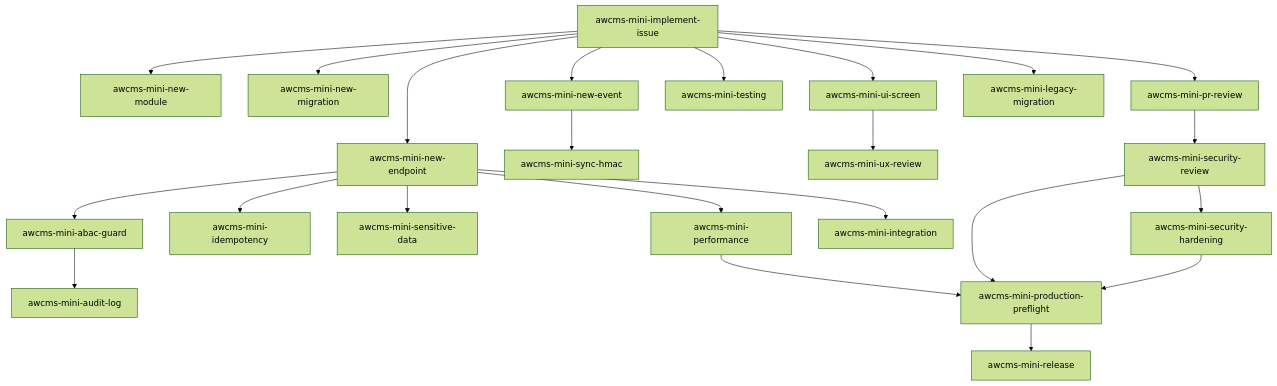
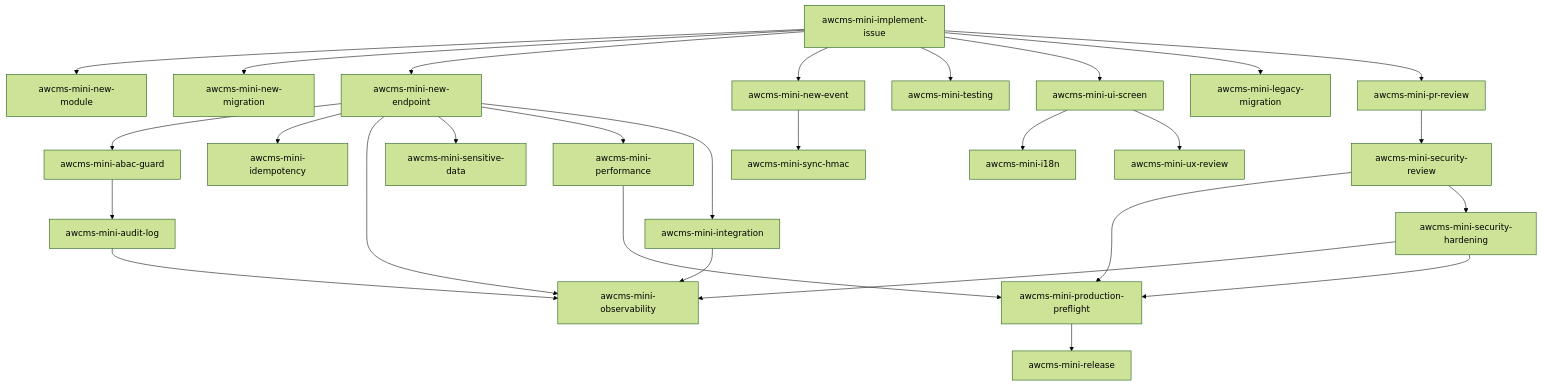
Before and after one commit to ahliweb/awcms-mini: the diagram in .claude/skills/README.md, drawn with Mermaid (forest theme). The commit also changed other lines of this file and 11 other files, not shown here.

````diff
--- a/.claude/skills/README.md
+++ b/.claude/skills/README.md
@@ -43,26 +45,31 @@
 ```mermaid
 flowchart TD
   II[awcms-mini-implement-issue] --> NM[awcms-mini-new-module]
   II --> MIG[awcms-mini-new-migration]
   II --> EP[awcms-mini-new-endpoint]
   II --> EV[awcms-mini-new-event]
   II --> TST[awcms-mini-testing]
   EP --> ABAC[awcms-mini-abac-guard]
   EP --> IDEM[awcms-mini-idempotency]
   ABAC --> AUD[awcms-mini-audit-log]
+  AUD --> OBS[awcms-mini-observability]
+  EP --> OBS
   EP --> SD[awcms-mini-sensitive-data]
   EV --> SYNC[awcms-mini-sync-hmac]
   II --> UI[awcms-mini-ui-screen]
+  UI --> I18N[awcms-mini-i18n]
   II --> LEG[awcms-mini-legacy-migration]
   II --> PR[awcms-mini-pr-review]
   PR --> SEC[awcms-mini-security-review]
   SEC --> PF[awcms-mini-production-preflight]
   PF --> REL[awcms-mini-release]
 
   UI --> UXR[awcms-mini-ux-review]
   EP --> PERF[awcms-mini-performance]
   EP --> INT[awcms-mini-integration]
+  INT --> OBS
   SEC --> HARD[awcms-mini-security-hardening]
+  HARD --> OBS
   PERF --> PF
   HARD --> PF
 ```
````
